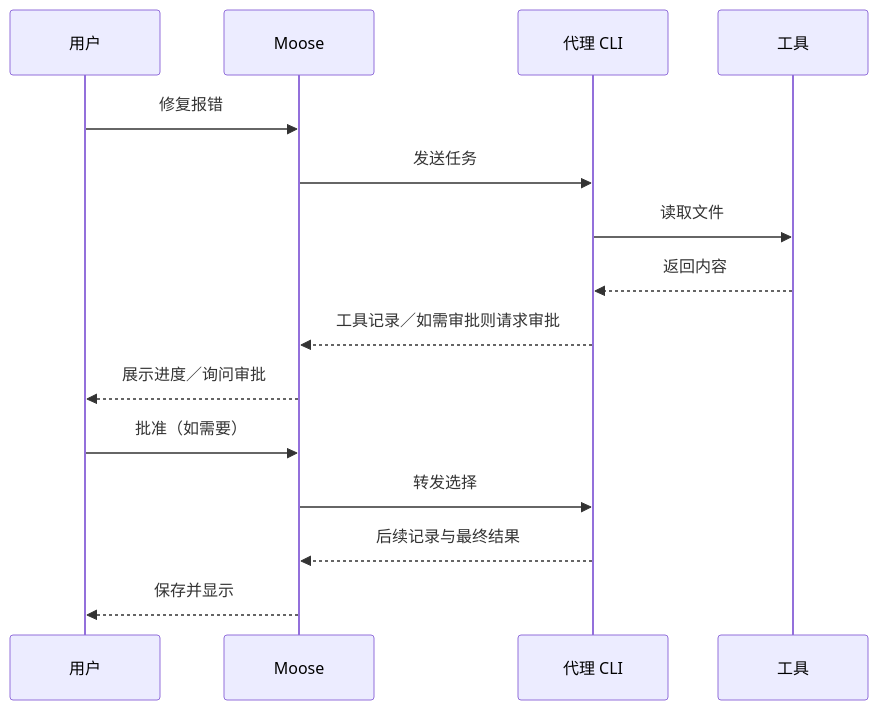
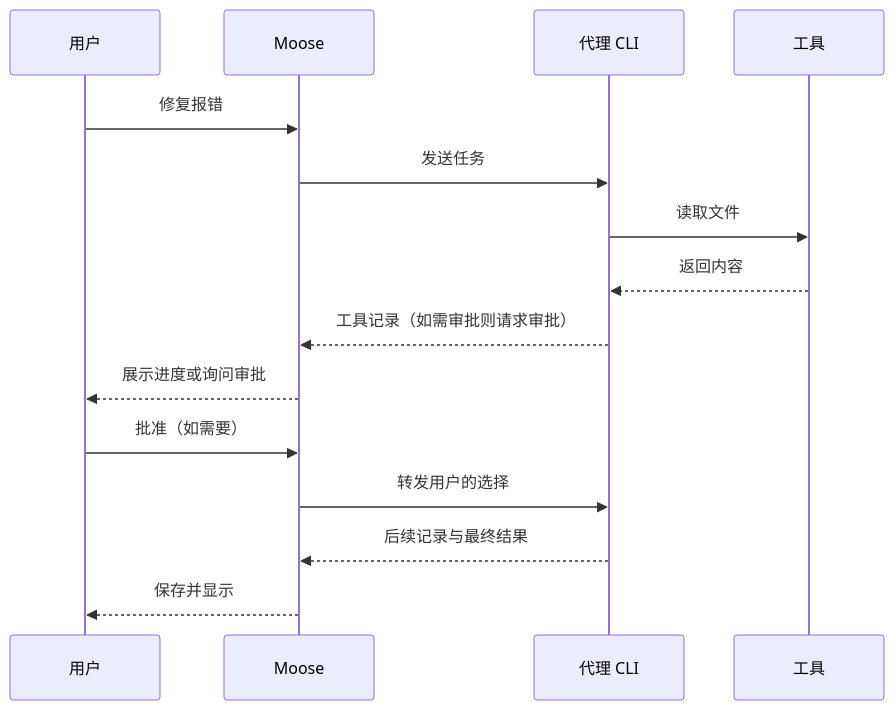
The third of 3 diagrams in docs/interview/answers.md (shqingda/moose), drawn with Mermaid before and after one commit. The commit also changed other lines of this file and 5 other files, not shown here.

````diff
--- a/docs/interview/answers.md
+++ b/docs/interview/answers.md
@@ -351,17 +548,17 @@
 ```mermaid
 sequenceDiagram
   participant U as 用户
   participant M as Moose
   participant A as 代理 CLI
   participant T as 工具
   U->>M: 修复报错
   M->>A: 发送任务
   A->>T: 读取文件
   T-->>A: 返回内容
-  A-->>M: 工具记录／如需审批则请求审批
-  M-->>U: 展示进度／询问审批
+  A-->>M: 工具记录（如需审批则请求审批）
+  M-->>U: 展示进度或询问审批
   U->>M: 批准（如需要）
-  M->>A: 转发选择
+  M->>A: 转发用户的选择
   A-->>M: 后续记录与最终结果
   M-->>U: 保存并显示
 ```
````
